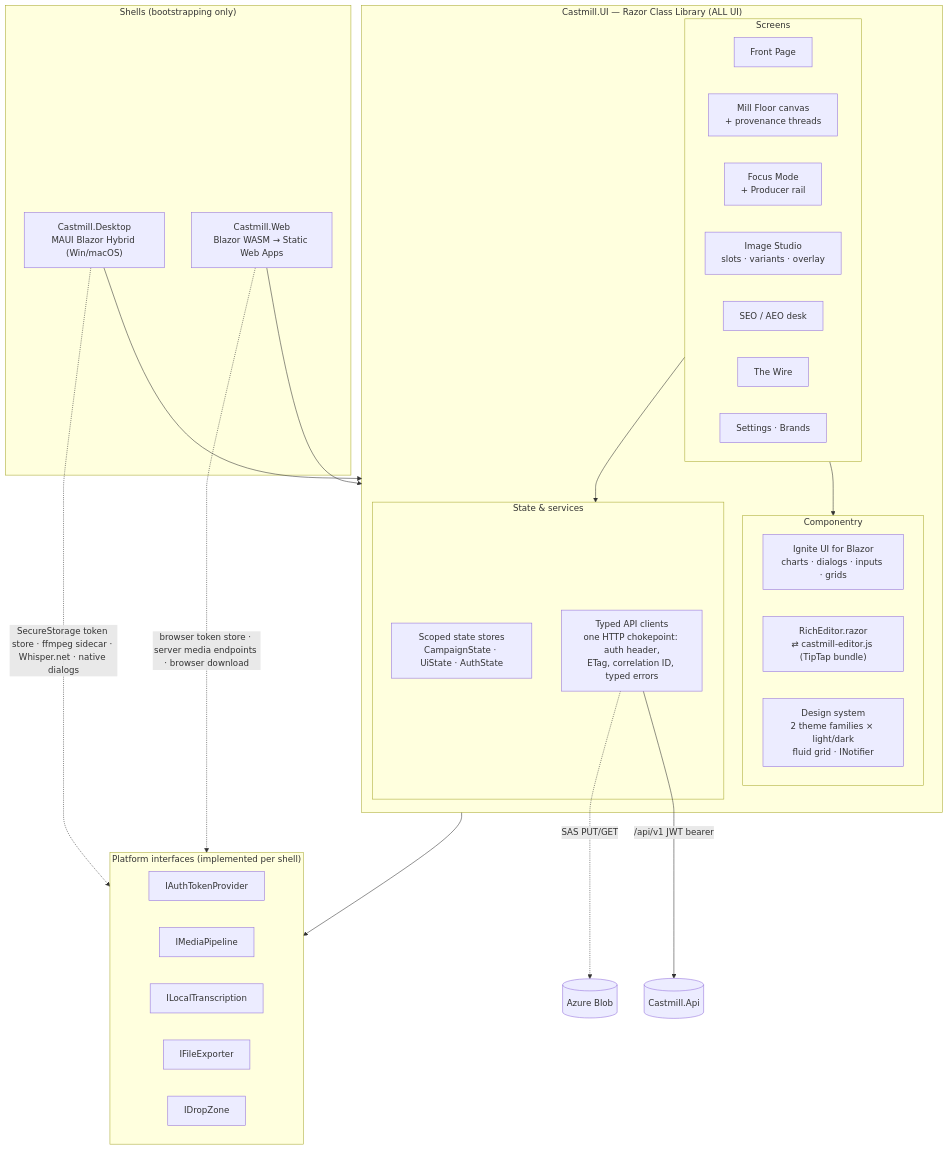
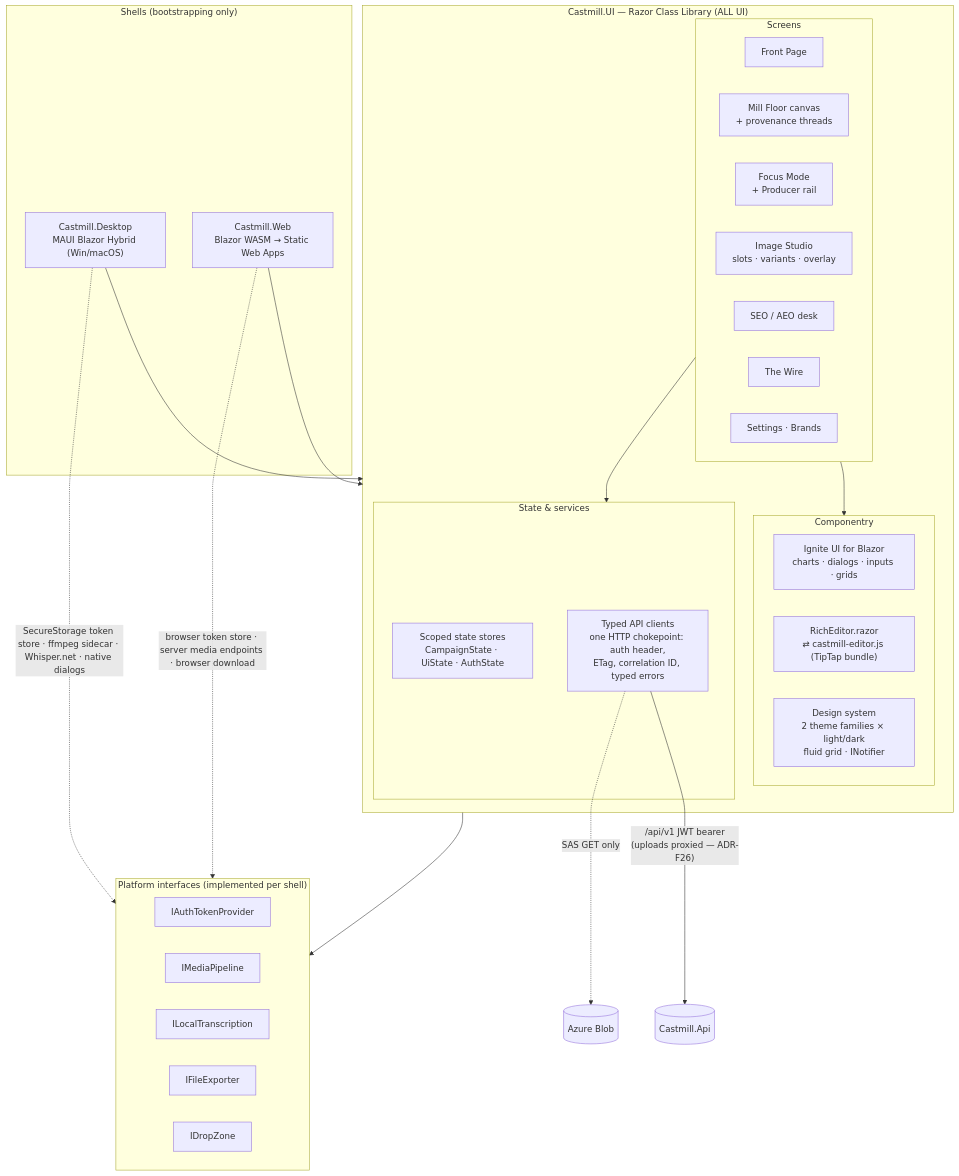
The diagram in Frontend-Architecture.md (jberes/vslhq26-content-alchemists), drawn with Mermaid before and after one commit. The commit also changed other lines of this file and 15 other files, not shown here.

````diff
--- a/Frontend-Architecture.md
+++ b/Frontend-Architecture.md
@@ -44,46 +44,46 @@
 ```mermaid
 flowchart TB
     subgraph Shells["Shells (bootstrapping only)"]
         MAUI["Castmill.Desktop<br/>MAUI Blazor Hybrid (Win/macOS)"]
         WASM["Castmill.Web<br/>Blazor WASM → Static Web Apps"]
     end
 
     subgraph RCL["Castmill.UI — Razor Class Library (ALL UI)"]
         subgraph Screens
             FP[Front Page]
             CC["Mill Floor canvas<br/>+ provenance threads"]
             FM[Focus Mode<br/>+ Producer rail]
             IMG[Image Studio<br/>slots · variants · overlay]
             SEOV[SEO / AEO desk]
             WIRE[The Wire]
             SET[Settings · Brands]
         end
         subgraph Componentry
             IGB[Ignite UI for Blazor<br/>charts · dialogs · inputs · grids]
             EDT["RichEditor.razor<br/>⇄ castmill-editor.js (TipTap bundle)"]
             DS["Design system<br/>2 theme families × light/dark<br/>fluid grid · INotifier"]
         end
         subgraph State["State & services"]
             STORES[Scoped state stores<br/>CampaignState · UiState · AuthState]
             HTTP[Typed API clients<br/>one HTTP chokepoint: auth header,<br/>ETag, correlation ID, typed errors]
         end
     end
 
     subgraph Platform["Platform interfaces (implemented per shell)"]
         IAUTH[IAuthTokenProvider]
         IMEDIA[IMediaPipeline]
         IWHISPER[ILocalTranscription]
         IFILE[IFileExporter]
         IDROP[IDropZone]
     end
 
     MAUI --> RCL
     WASM --> RCL
     Screens --> Componentry
     Screens --> State
     RCL --> Platform
     MAUI -.->|"SecureStorage token store · ffmpeg sidecar · Whisper.net · native dialogs"| Platform
     WASM -.->|"browser token store · server media endpoints · browser download"| Platform
-    HTTP -->|"/api/v1 JWT bearer"| API[(Castmill.Api)]
-    HTTP -.->|SAS PUT/GET| BLOB[(Azure Blob)]
+    HTTP -->|"/api/v1 JWT bearer<br/>(uploads proxied — ADR-F26)"| API[(Castmill.Api)]
+    HTTP -.->|SAS GET only| BLOB[(Azure Blob)]
 ```
````
